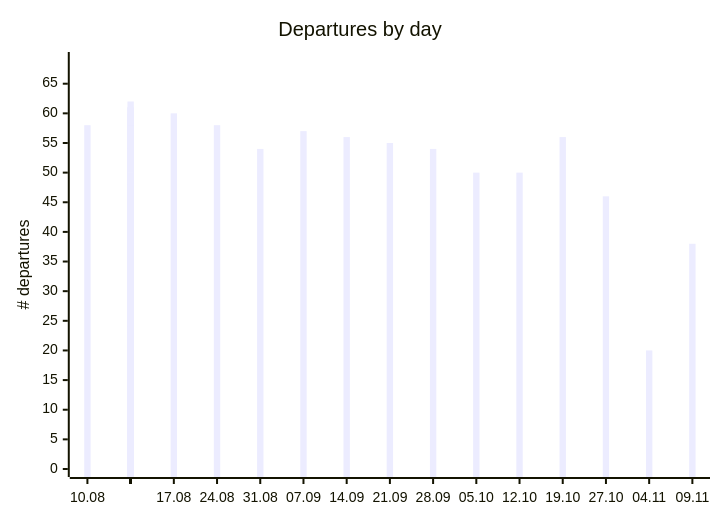
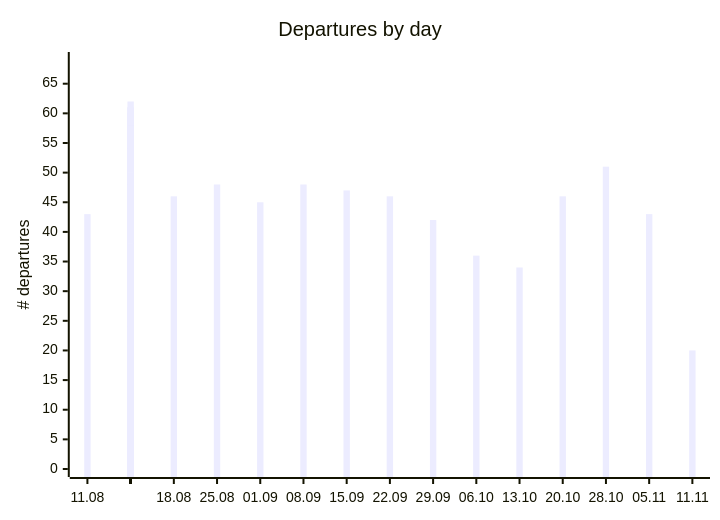
One commit to rainermesi/tll-airport-departures changed the first of 2 diagrams in README.md. Above: the diagram before and after it, drawn with Mermaid. The commit also changed other lines of this file and 3 other files, not shown here.

````diff
--- a/README.md
+++ b/README.md
@@ -65,12 +65,12 @@
 ```mermaid
 ---
 xyChart:
     xAxis:
       labelFontSize: 8
 ---
 xychart-beta
     title "Departures by day"
-    x-axis ["10.08", " ", " ", " ", " ", " ", " ", "17.08", " ", " ", " ", " ", " ", " ", "24.08", " ", " ", " ", " ", " ", " ", "31.08", " ", " ", " ", " ", " ", " ", "07.09", " ", " ", " ", " ", " ", " ", "14.09", " ", " ", " ", " ", " ", " ", "21.09", " ", " ", " ", " ", " ", " ", "28.09", " ", " ", " ", " ", " ", " ", "05.10", " ", " ", " ", " ", " ", " ", "12.10", " ", " ", " ", " ", " ", " ", "19.10", " ", " ", " ", " ", " ", " ", "27.10", " ", " ", " ", " ", " ", " ", "04.11", " ", " ", " ", " ", "09.11"]
+    x-axis ["11.08", " ", " ", " ", " ", " ", " ", "18.08", " ", " ", " ", " ", " ", " ", "25.08", " ", " ", " ", " ", " ", " ", "01.09", " ", " ", " ", " ", " ", " ", "08.09", " ", " ", " ", " ", " ", " ", "15.09", " ", " ", " ", " ", " ", " ", "22.09", " ", " ", " ", " ", " ", " ", "29.09", " ", " ", " ", " ", " ", " ", "06.10", " ", " ", " ", " ", " ", " ", "13.10", " ", " ", " ", " ", " ", " ", "20.10", " ", " ", " ", " ", " ", " ", "28.10", " ", " ", " ", " ", " ", " ", "05.11", " ", " ", " ", " ", "11.11"]
     y-axis "# departures" 0 --> 69
-    bar [58, 43, 53, 54, 61, 48, 57, 60, 46, 54, 55, 60, 43, 58, 58, 48, 54, 33, 32, 34, 52, 54, 45, 54, 49, 62, 42, 56, 57, 48, 53, 52, 61, 44, 54, 56, 47, 51, 52, 59, 43, 52, 55, 46, 51, 53, 57, 40, 48, 54, 42, 46, 52, 54, 40, 48, 50, 36, 45, 46, 53, 35, 49, 50, 34, 46, 52, 58, 44, 55, 56, 46, 48, 52, 57, 46, 50, 46, 51, 27, 49, 49, 50, 44, 20, 43, 24, 45, 47, 38]
+    bar [43, 53, 54, 61, 48, 57, 60, 46, 54, 55, 60, 43, 58, 58, 48, 54, 33, 32, 34, 52, 54, 45, 54, 49, 62, 42, 56, 57, 48, 53, 52, 61, 44, 54, 56, 47, 51, 52, 59, 43, 52, 55, 46, 51, 53, 57, 40, 48, 54, 42, 46, 52, 54, 40, 48, 50, 36, 45, 46, 53, 35, 49, 50, 34, 46, 52, 58, 44, 55, 56, 46, 48, 52, 57, 46, 50, 46, 51, 27, 49, 49, 50, 44, 20, 43, 24, 45, 47, 38, 20]
 ```
````
